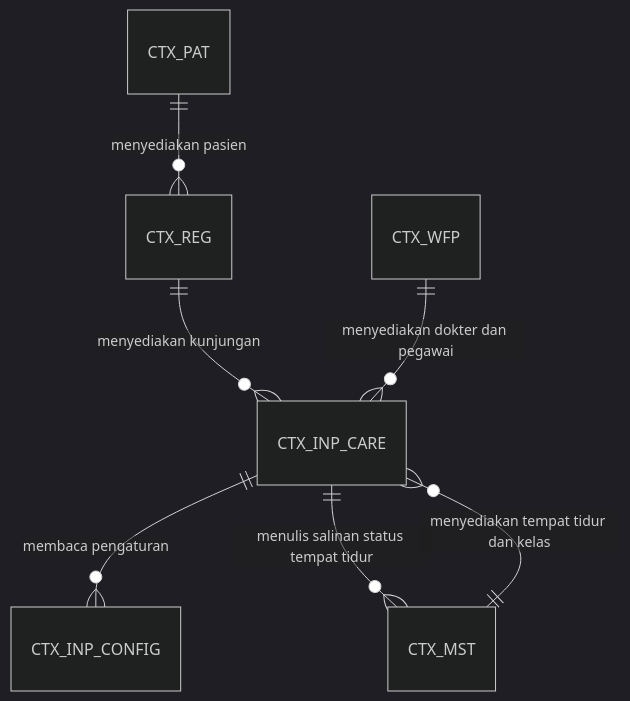
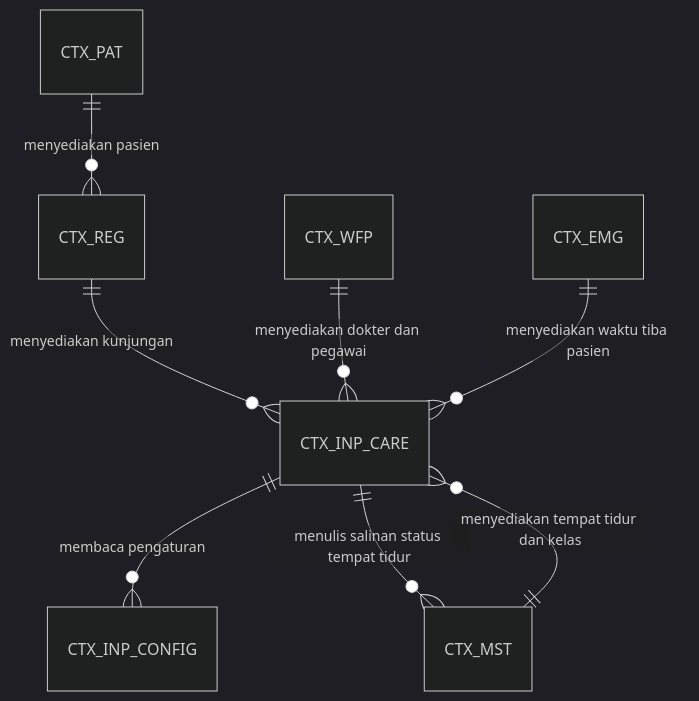
One commit to DevBenari/NewQuilvianSystemBackend changed the diagram in docs/module-blueprints/rawat-inap/erd/00-context-erd.md. Above: the diagram before and after it, drawn with Mermaid (dark theme). The commit also changed other lines of this file and 14 other files, not shown here.

````diff
--- a/docs/module-blueprints/rawat-inap/erd/00-context-erd.md
+++ b/docs/module-blueprints/rawat-inap/erd/00-context-erd.md
@@ -17,9 +17,10 @@
 ```mermaid
 erDiagram
     CTX_INP_CARE ||--o{ CTX_INP_CONFIG : "membaca pengaturan"
     CTX_REG ||--o{ CTX_INP_CARE : "menyediakan kunjungan"
     CTX_PAT ||--o{ CTX_REG : "menyediakan pasien"
     CTX_MST ||--o{ CTX_INP_CARE : "menyediakan tempat tidur dan kelas"
     CTX_INP_CARE ||--o{ CTX_MST : "menulis salinan status tempat tidur"
     CTX_WFP ||--o{ CTX_INP_CARE : "menyediakan dokter dan pegawai"
+    CTX_EMG ||--o{ CTX_INP_CARE : "menyediakan waktu tiba pasien"
 ```
````
